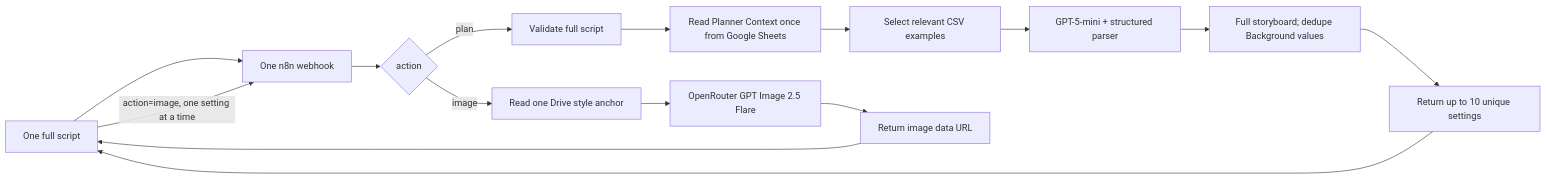
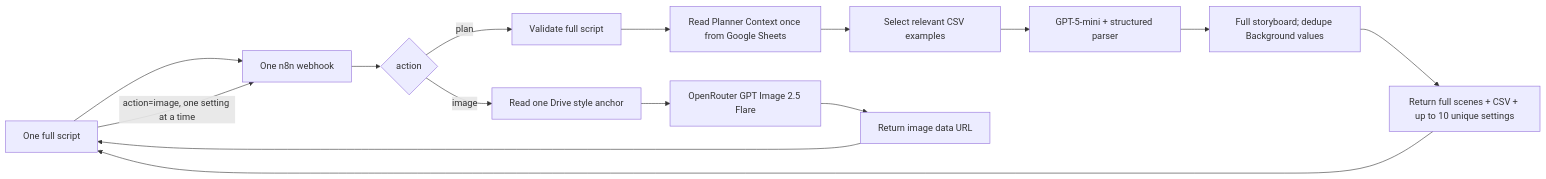
One commit to rayvin04/script-to-storyboard changed the diagram in docs/agent-workflow-v4.md. Above: the diagram before and after it, drawn with Mermaid. The commit also changed other lines of this file and 8 other files, not shown here.

Commit message:
Return storyboard and CSV with background results

````diff
--- a/docs/agent-workflow-v4.md
+++ b/docs/agent-workflow-v4.md
@@ -7,17 +7,17 @@
 ```mermaid
 flowchart LR
   UI[One full script] --> Hook[One n8n webhook]
   Hook --> Route{action}
   Route -->|plan| Validate[Validate full script]
   Validate --> Refs[Read Planner Context once from Google Sheets]
   Refs --> Rank[Select relevant CSV examples]
   Rank --> Planner[GPT-5-mini + structured parser]
   Planner --> Package[Full storyboard; dedupe Background values]
-  Package --> First10[Return up to 10 unique settings]
-  First10 --> UI
+  Package --> FullResult[Return full scenes + CSV + up to 10 unique settings]
+  FullResult --> UI
   UI -->|action=image, one setting at a time| Hook
   Route -->|image| Style[Read one Drive style anchor]
   Style --> Flare[OpenRouter GPT Image 2.5 Flare]
   Flare --> Return[Return image data URL]
   Return --> UI
 ```
````
